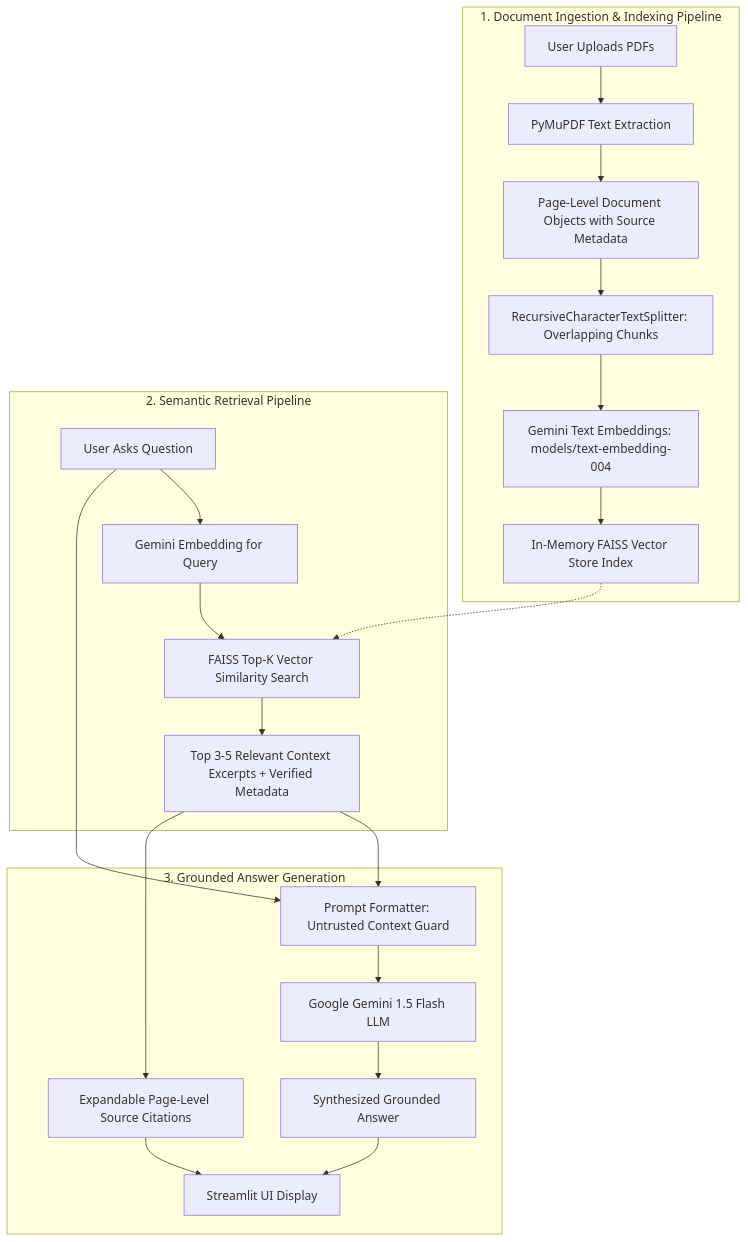
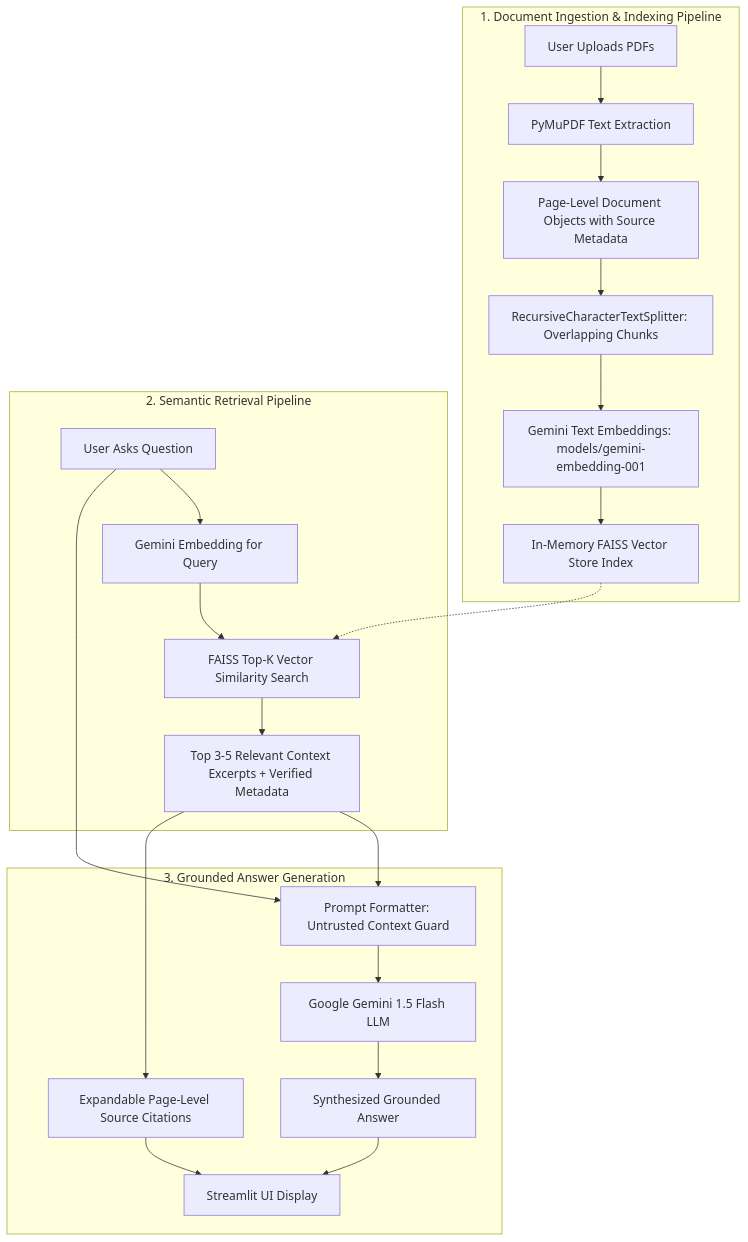
The diagram in README.md (100Sharma44/document-intelligence-rag), drawn with Mermaid before and after one commit. The commit also changed other lines of this file and 2 other files, not shown here.

Commit message:
fix: Update default Gemini models to models/gemini-embedding-001 and gemini-3.5-flash-lite

````diff
--- a/README.md
+++ b/README.md
@@ -22,27 +22,27 @@
 ```mermaid
 graph TD
     subgraph Ingestion ["1. Document Ingestion & Indexing Pipeline"]
         A[User Uploads PDFs] --> B[PyMuPDF Text Extraction]
         B --> C[Page-Level Document Objects with Source Metadata]
         C --> D[RecursiveCharacterTextSplitter: Overlapping Chunks]
-        D --> E[Gemini Text Embeddings: models/text-embedding-004]
+        D --> E[Gemini Text Embeddings: models/gemini-embedding-001]
         E --> F[In-Memory FAISS Vector Store Index]
     end
 
     subgraph Retrieval ["2. Semantic Retrieval Pipeline"]
         G[User Asks Question] --> H[Gemini Embedding for Query]
         H --> I[FAISS Top-K Vector Similarity Search]
         F -.-> I
         I --> J[Top 3-5 Relevant Context Excerpts + Verified Metadata]
     end
 
     subgraph Generation ["3. Grounded Answer Generation"]
         J --> K[Prompt Formatter: Untrusted Context Guard]
         G --> K
         K --> L[Google Gemini 1.5 Flash LLM]
         L --> M[Synthesized Grounded Answer]
         M --> N[Streamlit UI Display]
         J --> O[Expandable Page-Level Source Citations]
         O --> N
     end
 ```
````
